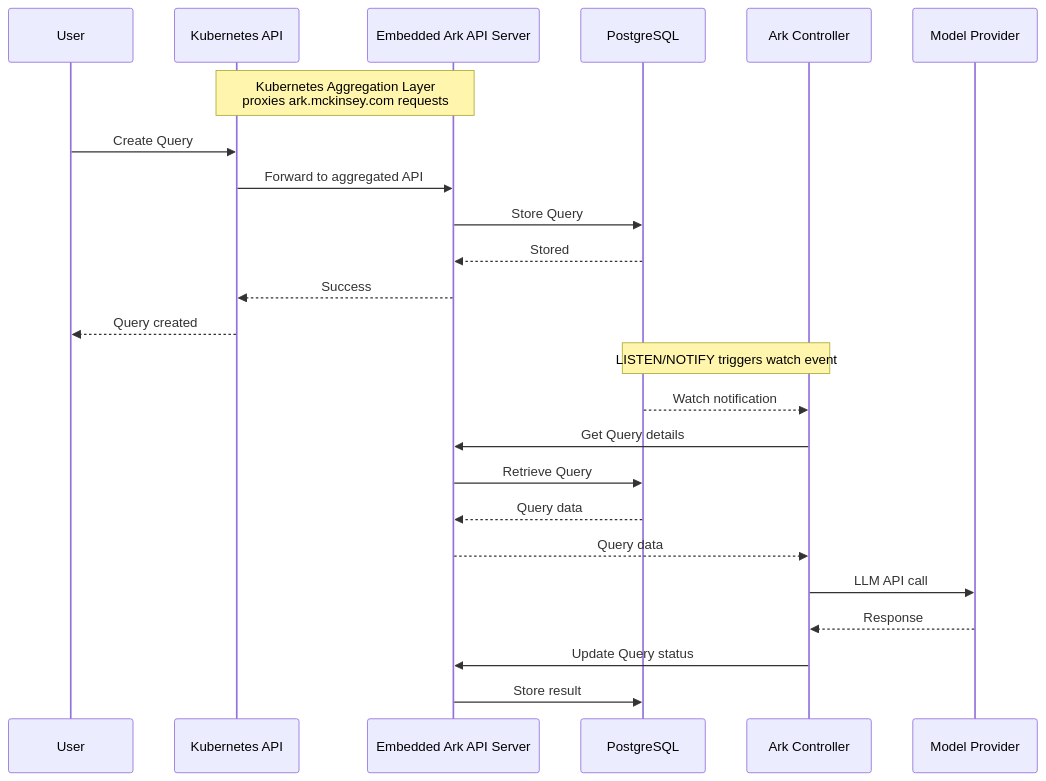
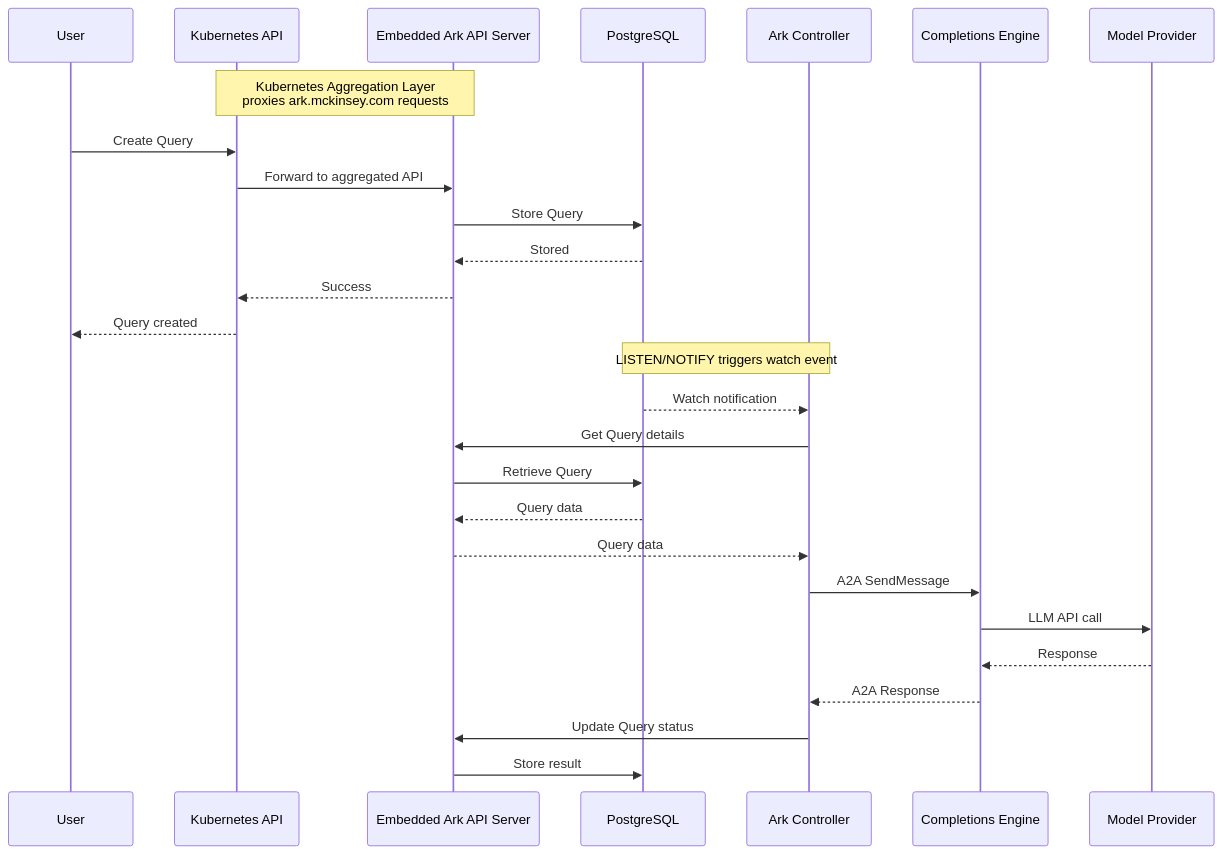
The second of 4 diagrams in docs/content/reference/core-architecture.mdx (moeinghaeini/agents-at-scale-ark), drawn with Mermaid before and after one commit. The commit also changed other lines of this file, not shown here.

First line of the commit message:
docs: update architecture diagrams for standalone completions engine (#1367)

````diff
--- a/docs/content/reference/core-architecture.mdx
+++ b/docs/content/reference/core-architecture.mdx
@@ -78,30 +78,33 @@
 ```mermaid
 sequenceDiagram
     participant User
     participant KubeAPI as Kubernetes API
     participant ArkAPI as Embedded Ark API Server
     participant ArkDB as PostgreSQL
     participant Controller as Ark Controller
+    participant Engine as Completions Engine
     participant Model as Model Provider
 
     Note over KubeAPI,ArkAPI: Kubernetes Aggregation Layer<br/>proxies ark.mckinsey.com requests
 
     User->>KubeAPI: Create Query
     KubeAPI->>ArkAPI: Forward to aggregated API
     ArkAPI->>ArkDB: Store Query
     ArkDB-->>ArkAPI: Stored
     ArkAPI-->>KubeAPI: Success
     KubeAPI-->>User: Query created
 
     Note over ArkDB,Controller: LISTEN/NOTIFY triggers watch event
 
     ArkDB-->>Controller: Watch notification
     Controller->>ArkAPI: Get Query details
     ArkAPI->>ArkDB: Retrieve Query
     ArkDB-->>ArkAPI: Query data
     ArkAPI-->>Controller: Query data
-    Controller->>Model: LLM API call
-    Model-->>Controller: Response
+    Controller->>Engine: A2A SendMessage
+    Engine->>Model: LLM API call
+    Model-->>Engine: Response
+    Engine-->>Controller: A2A Response
     Controller->>ArkAPI: Update Query status
     ArkAPI->>ArkDB: Store result
 ```
````
